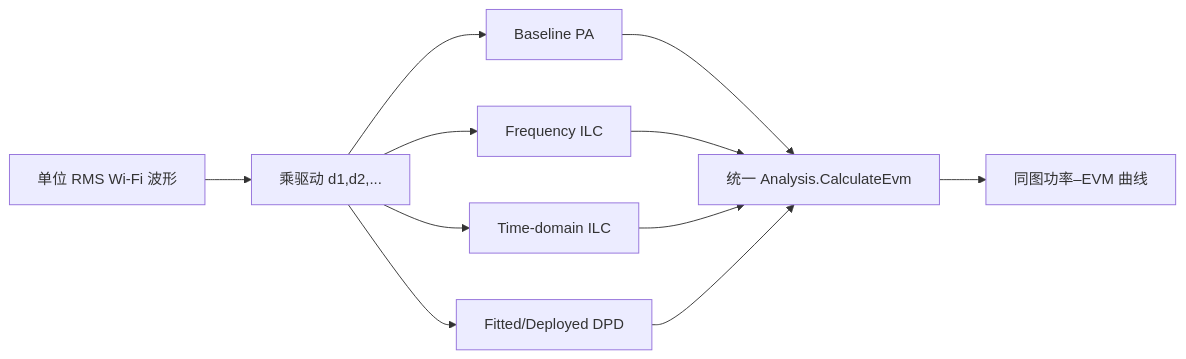
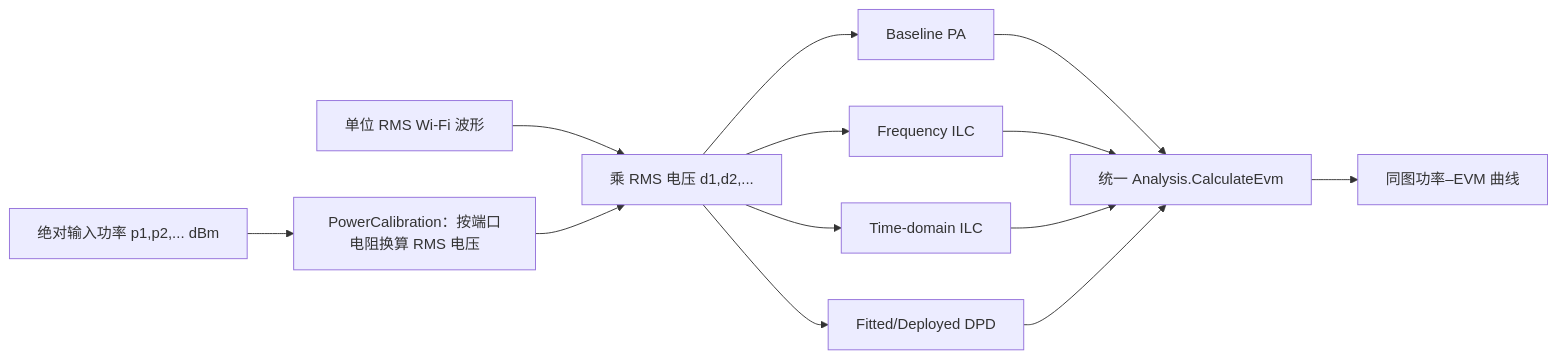
The eighth of 9 diagrams in doc/Analysis.md (niyilu45/DPD_ILC), drawn with Mermaid before and after one commit. The commit also changed other lines of this file and 15 other files, not shown here.

````diff
--- a/doc/Analysis.md
+++ b/doc/Analysis.md
@@ -1069,13 +1081,15 @@
 ```mermaid
 flowchart LR
-    A["单位 RMS Wi-Fi 波形"] --> B["乘驱动 d1,d2,..."]
+    P["绝对输入功率 p1,p2,... dBm"] --> K["PowerCalibration：按端口电阻换算 RMS 电压"]
+    A["单位 RMS Wi-Fi 波形"] --> B["乘 RMS 电压 d1,d2,..."]
+    K --> B
     B --> C1["Baseline PA"]
     B --> C2["Frequency ILC"]
     B --> C3["Time-domain ILC"]
     B --> C4["Fitted/Deployed DPD"]
     C1 --> D["统一 Analysis.CalculateEvm"]
     C2 --> D
     C3 --> D
     C4 --> D
     D --> E["同图功率–EVM 曲线"]
 ```
````
